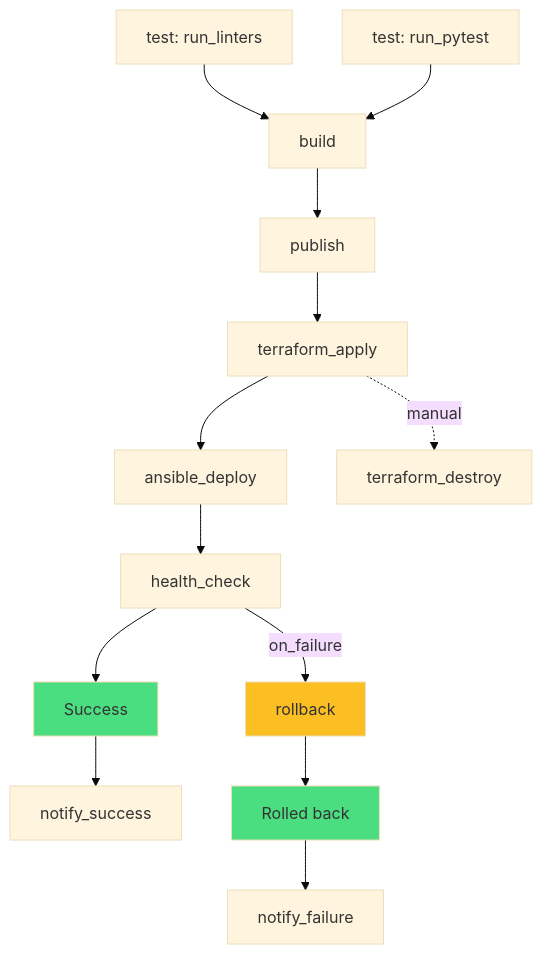
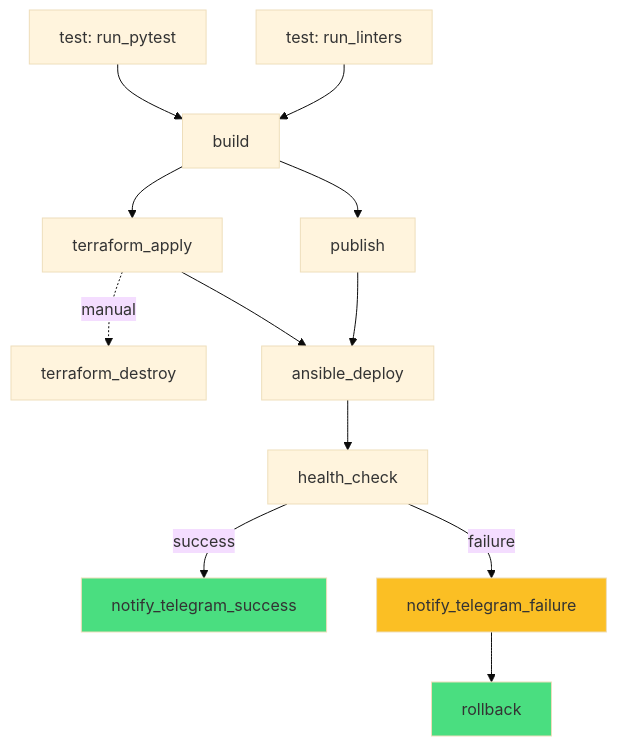
Before and after one commit to AlexeyKuzko/devops_diploma: the diagram in README.md, drawn with Mermaid (base theme). The commit also changed other lines of this file and 1 other file, not shown here.

Commit message:
add parallelism

````diff
--- a/README.md
+++ b/README.md
@@ -44,19 +44,21 @@
 ```mermaid
 flowchart TD
     A[test: run_linters] --> C[build]
     B[test: run_pytest] --> C
+
     C --> D[publish]
-    D --> E[terraform_apply]
-    E --> F[ansible_deploy]
-    F --> G[health_check]
-    G --> H[Success]
-    H --> L[notify_success]
-    G -->|on_failure| I[rollback]
-    I --> J[Rolled back]
-    J --> M[notify_failure]
+    C --> E[terraform_apply]
     E -. manual .-> K[terraform_destroy]
 
-    style H fill:#4ade80
-    style J fill:#4ade80
+    D --> F[ansible_deploy]
+    E --> F
+    F --> G[health_check]
+
+    G -->|success| L[notify_telegram_success]
+    G -->|failure| I[notify_telegram_failure]
+    I --> M[rollback]
+
+    style L fill:#4ade80
+    style M fill:#4ade80
     style I fill:#fbbf24
 ```
````
